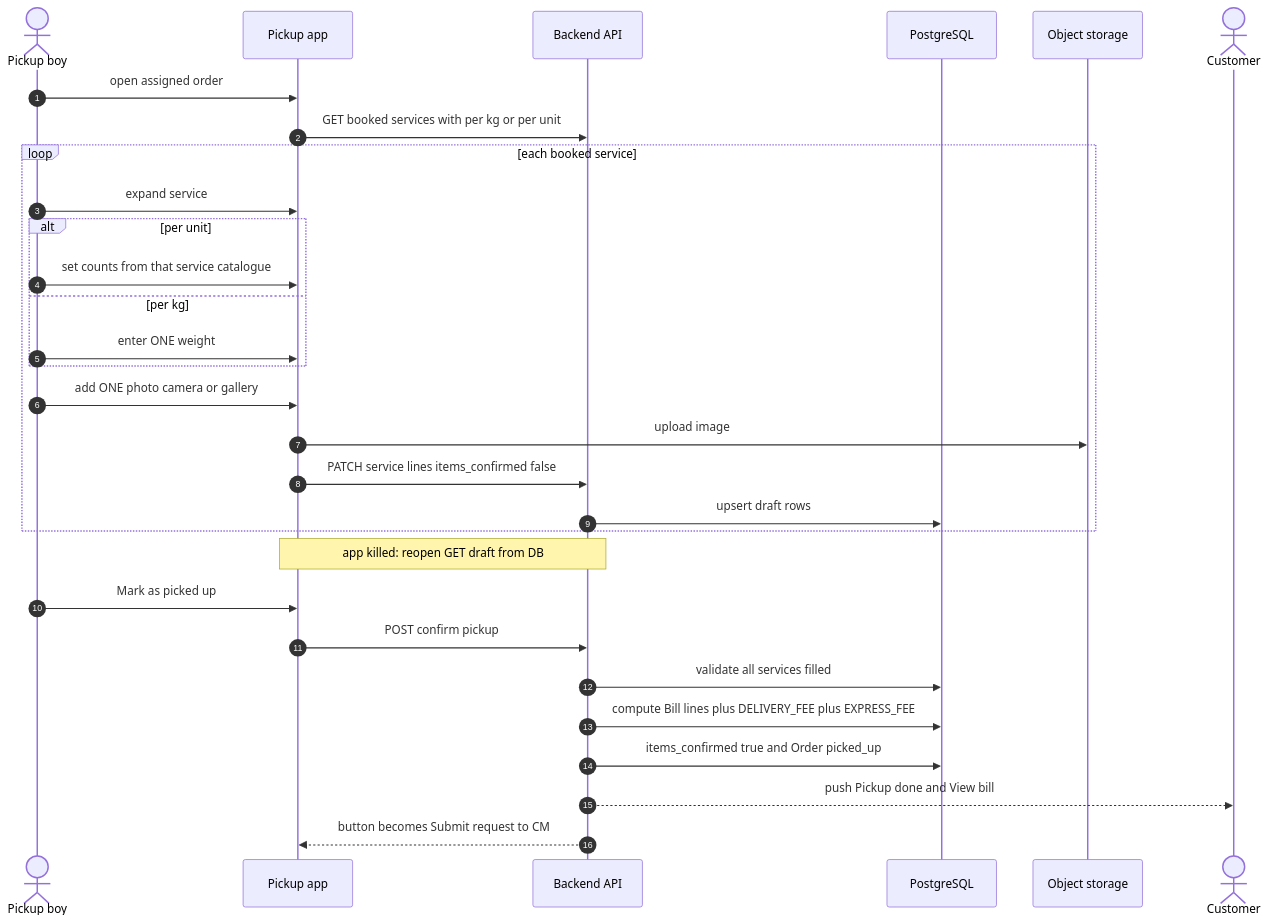
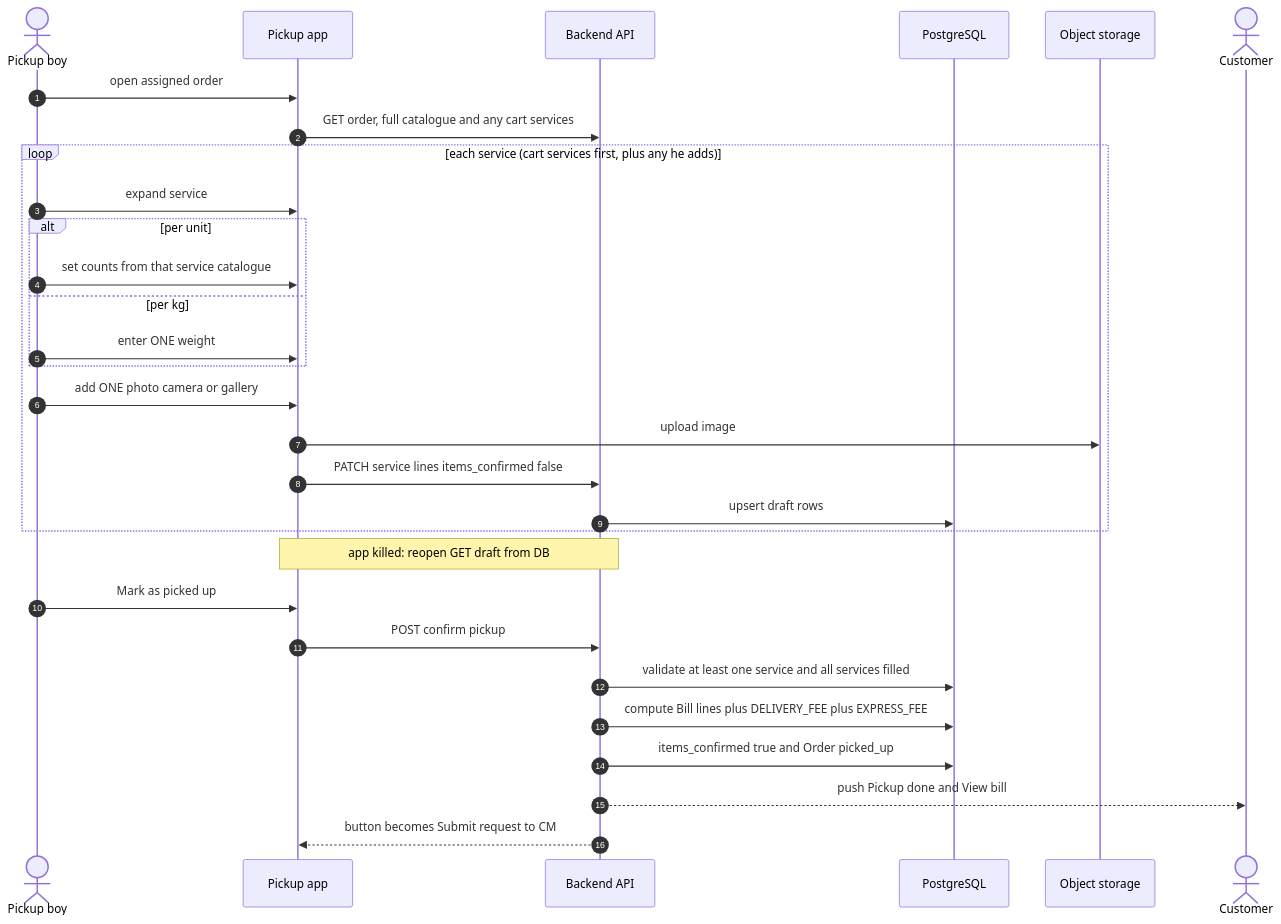
One commit to mohitUnico/laundry changed the second of 7 diagrams in docs/order-flow-v2/diagrams/03-sequence-diagrams.md. Above: the diagram before and after it, drawn with Mermaid. The commit also changed other lines of this file and 46 other files, not shown here.

First line of the commit message:
feat(orders): align list and details UX with order-flow v2 cards and bill states

````diff
--- a/docs/order-flow-v2/diagrams/03-sequence-diagrams.md
+++ b/docs/order-flow-v2/diagrams/03-sequence-diagrams.md
@@ -51,33 +51,33 @@
 ```mermaid
 sequenceDiagram
 autonumber
 actor P as Pickup boy
 participant PA as Pickup app
 participant API as Backend API
 participant DB as PostgreSQL
 participant ST as Object storage
 actor C as Customer
 P->>PA: open assigned order
-PA->>API: GET booked services with per kg or per unit
-loop each booked service
+PA->>API: GET order, full catalogue and any cart services
+loop each service (cart services first, plus any he adds)
   P->>PA: expand service
   alt per unit
     P->>PA: set counts from that service catalogue
   else per kg
     P->>PA: enter ONE weight
   end
   P->>PA: add ONE photo camera or gallery
   PA->>ST: upload image
   PA->>API: PATCH service lines items_confirmed false
   API->>DB: upsert draft rows
 end
 Note over PA,API: app killed: reopen GET draft from DB
 P->>PA: Mark as picked up
 PA->>API: POST confirm pickup
-API->>DB: validate all services filled
+API->>DB: validate at least one service and all services filled
 API->>DB: compute Bill lines plus DELIVERY_FEE plus EXPRESS_FEE
 API->>DB: items_confirmed true and Order picked_up
 API-->>C: push Pickup done and View bill
 API-->>PA: button becomes Submit request to CM
 
 ```
````
